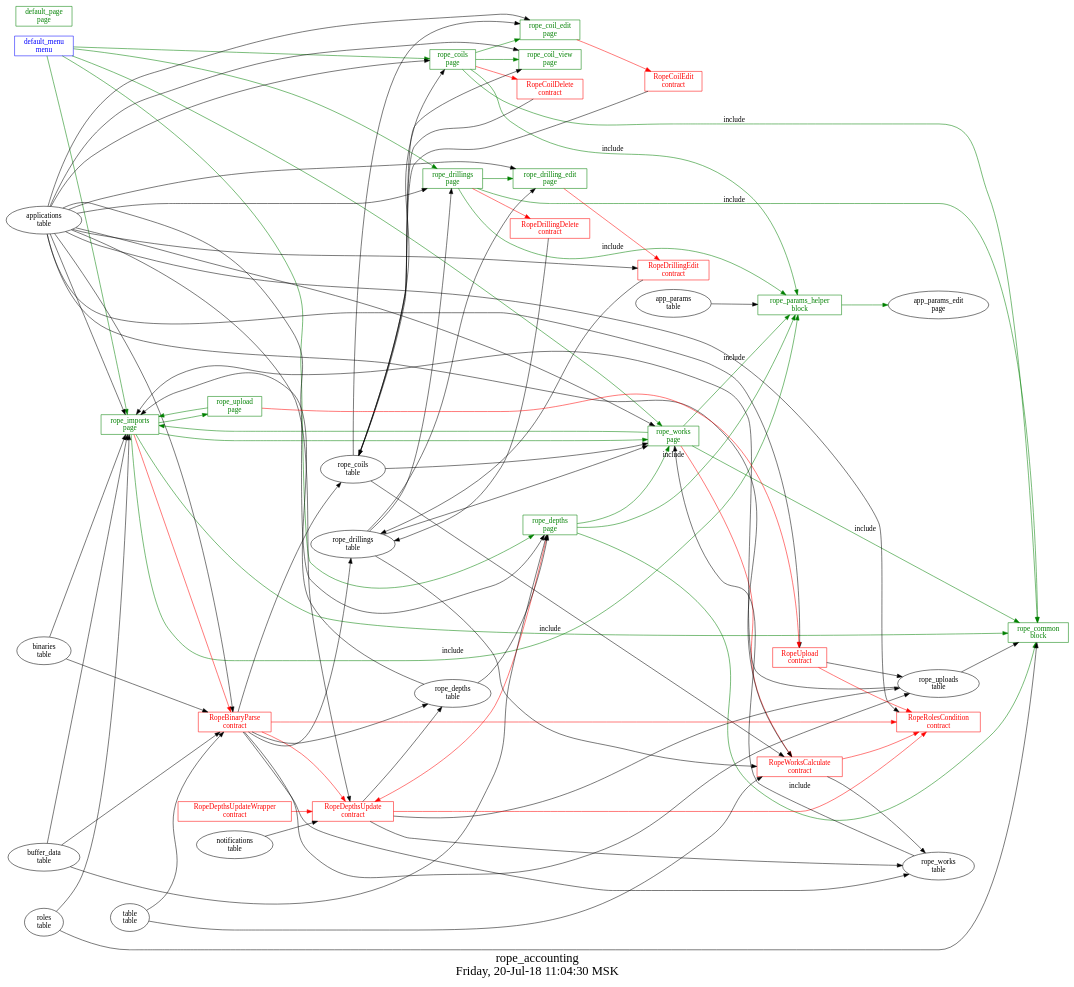
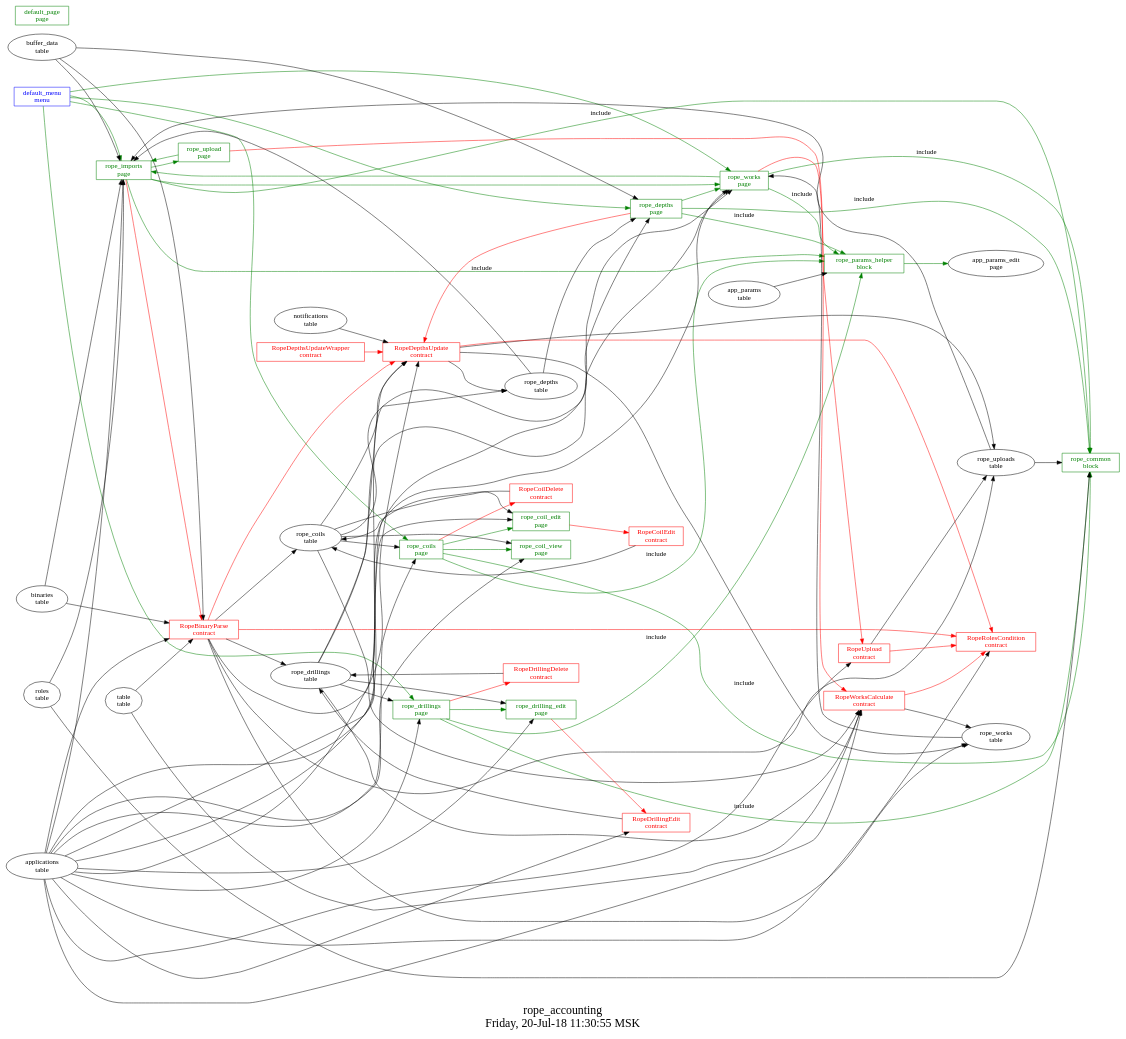
One commit to AplaProject/apps changed the diagram in src/rope_accounting/struct.dot. Above: the diagram before and after it, drawn with Graphviz. The commit also changed 4 other files, not shown here.

```diff
--- a/src/rope_accounting/struct.dot
+++ b/src/rope_accounting/struct.dot
@@ -1,127 +1,129 @@
 digraph G {
 fontsize="24";
-label="rope_accounting\nFriday, 20-Jul-18 11:04:30 MSK";
+label="rope_accounting\nFriday, 20-Jul-18 11:30:55 MSK";
 nojustify=true;
 ordering=out;
 rankdir=LR;
 size="30";
 "default_menu\nmenu" -> "rope_imports\npage"  [ color=green ]
 "default_menu\nmenu" -> "rope_works\npage"  [ color=green ]
 "default_menu\nmenu" -> "rope_depths\npage"  [ color=green ]
 "default_menu\nmenu" -> "rope_drillings\npage"  [ color=green ]
 "default_menu\nmenu" -> "rope_coils\npage"  [ color=green ]
 "default_menu\nmenu" [color=blue, fontcolor=blue, group=menus, shape=record];
 "default_page\npage" [color=green, fontcolor=green, group=pages, shape=record];
 "rope_coil_edit\npage" -> "RopeCoilEdit\ncontract"  [ color=red ]
 "applications\ntable" -> "rope_coil_edit\npage"
 "rope_coils\ntable" -> "rope_coil_edit\npage"
 "rope_coil_edit\npage" [color=green, fontcolor=green, group=pages, shape=record];
 "applications\ntable" -> "rope_coil_view\npage"
 "rope_coils\ntable" -> "rope_coil_view\npage"
 "rope_coil_view\npage" [color=green, fontcolor=green, group=pages, shape=record];
 "rope_coils\npage" -> "RopeCoilDelete\ncontract"  [ color=red ]
 "applications\ntable" -> "rope_coils\npage"
 "rope_coils\ntable" -> "rope_coils\npage"
 "rope_coils\npage" -> "rope_coil_edit\npage"  [ color=green ]
 "rope_coils\npage" -> "rope_coil_view\npage"  [ color=green ]
 "rope_coils\npage" -> "rope_common\nblock"  [ color=green, label=include ]
 "rope_coils\npage" -> "rope_params_helper\nblock"  [ color=green, label=include ]
 "rope_coils\npage" [color=green, fontcolor=green, group=pages, shape=record];
 "rope_depths\npage" -> "RopeDepthsUpdate\ncontract"  [ color=red ]
 "applications\ntable" -> "rope_depths\npage"
 "rope_depths\ntable" -> "rope_depths\npage"
 "buffer_data\ntable" -> "rope_depths\npage"
 "rope_depths\npage" -> "rope_works\npage"  [ color=green ]
 "rope_depths\npage" -> "rope_common\nblock"  [ color=green, label=include ]
 "rope_depths\npage" -> "rope_params_helper\nblock"  [ color=green, label=include ]
 "rope_depths\npage" [color=green, fontcolor=green, group=pages, shape=record];
 "rope_drilling_edit\npage" -> "RopeDrillingEdit\ncontract"  [ color=red ]
 "applications\ntable" -> "rope_drilling_edit\npage"
 "rope_drillings\ntable" -> "rope_drilling_edit\npage"
 "rope_drilling_edit\npage" [color=green, fontcolor=green, group=pages, shape=record];
 "rope_drillings\npage" -> "RopeDrillingDelete\ncontract"  [ color=red ]
 "applications\ntable" -> "rope_drillings\npage"
 "rope_drillings\ntable" -> "rope_drillings\npage"
 "rope_drillings\npage" -> "rope_drilling_edit\npage"  [ color=green ]
 "rope_drillings\npage" -> "rope_common\nblock"  [ color=green, label=include ]
 "rope_drillings\npage" -> "rope_params_helper\nblock"  [ color=green, label=include ]
 "rope_drillings\npage" [color=green, fontcolor=green, group=pages, shape=record];
 "rope_imports\npage" -> "RopeBinaryParse\ncontract"  [ color=red ]
 "applications\ntable" -> "rope_imports\npage"
 "roles\ntable" -> "rope_imports\npage"
 "rope_uploads\ntable" -> "rope_imports\npage"
 "binaries\ntable" -> "rope_imports\npage"
 "rope_depths\ntable" -> "rope_imports\npage"
 "buffer_data\ntable" -> "rope_imports\npage"
 "rope_imports\npage" -> "rope_upload\npage"  [ color=green ]
 "rope_imports\npage" -> "rope_works\npage"  [ color=green ]
 "rope_imports\npage" -> "rope_common\nblock"  [ color=green, label=include ]
 "rope_imports\npage" -> "rope_params_helper\nblock"  [ color=green, label=include ]
 "rope_imports\npage" [color=green, fontcolor=green, group=pages, shape=record];
 "rope_upload\npage" -> "RopeUpload\ncontract"  [ color=red ]
 "rope_upload\npage" -> "rope_imports\npage"  [ color=green ]
 "rope_upload\npage" [color=green, fontcolor=green, group=pages, shape=record];
 "rope_works\npage" -> "RopeWorksCalculate\ncontract"  [ color=red ]
 "applications\ntable" -> "rope_works\npage"
 "rope_works\ntable" -> "rope_works\npage"
 "rope_drillings\ntable" -> "rope_works\npage"
 "rope_coils\ntable" -> "rope_works\npage"
 "rope_works\npage" -> "rope_imports\npage"  [ color=green ]
 "rope_works\npage" -> "rope_common\nblock"  [ color=green, label=include ]
 "rope_works\npage" -> "rope_params_helper\nblock"  [ color=green, label=include ]
 "rope_works\npage" [color=green, fontcolor=green, group=pages, shape=record];
 "roles\ntable" -> "rope_common\nblock"
 "rope_uploads\ntable" -> "rope_common\nblock"
 "rope_common\nblock" [color=green, fontcolor=green, group=blocks, shape=record];
 "app_params\ntable" -> "rope_params_helper\nblock"
 "rope_params_helper\nblock" -> "app_params_edit\npage"  [ color=green ]
 "rope_params_helper\nblock" [color=green, fontcolor=green, group=blocks, shape=record];
 "RopeBinaryParse\ncontract" -> "RopeDepthsUpdate\ncontract"  [ color=red ]
 "RopeBinaryParse\ncontract" -> "RopeRolesCondition\ncontract"  [ color=red ]
 "RopeBinaryParse\ncontract" -> "rope_coils\ntable"  [ color="" ]
 "RopeBinaryParse\ncontract" -> "rope_drillings\ntable"  [ color="" ]
 "RopeBinaryParse\ncontract" -> "rope_works\ntable"  [ color="" ]
 "RopeBinaryParse\ncontract" -> "rope_depths\ntable"  [ color="" ]
 "RopeBinaryParse\ncontract" -> "rope_uploads\ntable"  [ color="" ]
 "table\ntable" -> "RopeBinaryParse\ncontract"
 "buffer_data\ntable" -> "RopeBinaryParse\ncontract"
 "binaries\ntable" -> "RopeBinaryParse\ncontract"
 "applications\ntable" -> "RopeBinaryParse\ncontract"
 "RopeBinaryParse\ncontract" [color=red, fontcolor=red, group=contracts, shape=record];
 "RopeCoilDelete\ncontract" -> "rope_coils\ntable"  [ color="" ]
 "RopeCoilDelete\ncontract" [color=red, fontcolor=red, group=contracts, shape=record];
 "RopeCoilEdit\ncontract" -> "rope_coils\ntable"  [ color="" ]
 "RopeCoilEdit\ncontract" [color=red, fontcolor=red, group=contracts, shape=record];
 "RopeDepthsUpdate\ncontract" -> "RopeRolesCondition\ncontract"  [ color=red ]
 "RopeDepthsUpdate\ncontract" -> "rope_uploads\ntable"  [ color="" ]
 "RopeDepthsUpdate\ncontract" -> "rope_works\ntable"  [ color="" ]
 "RopeDepthsUpdate\ncontract" -> "rope_depths\ntable"  [ color="" ]
 "notifications\ntable" -> "RopeDepthsUpdate\ncontract"
+"rope_drillings\ntable" -> "RopeDepthsUpdate\ncontract"
+"rope_coils\ntable" -> "RopeDepthsUpdate\ncontract"
 "applications\ntable" -> "RopeDepthsUpdate\ncontract"
 "RopeDepthsUpdate\ncontract" [color=red, fontcolor=red, group=contracts, shape=record];
 "RopeDepthsUpdateWrapper\ncontract" -> "RopeDepthsUpdate\ncontract"  [ color=red ]
 "RopeDepthsUpdateWrapper\ncontract" [color=red, fontcolor=red, group=contracts, shape=record];
 "RopeDrillingDelete\ncontract" -> "rope_drillings\ntable"  [ color="" ]
 "RopeDrillingDelete\ncontract" [color=red, fontcolor=red, group=contracts, shape=record];
 "RopeDrillingEdit\ncontract" -> "rope_drillings\ntable"  [ color="" ]
 "applications\ntable" -> "RopeDrillingEdit\ncontract"
 "RopeDrillingEdit\ncontract" [color=red, fontcolor=red, group=contracts, shape=record];
 "applications\ntable" -> "RopeRolesCondition\ncontract"
 "RopeRolesCondition\ncontract" [color=red, fontcolor=red, group=contracts, shape=record];
 "RopeUpload\ncontract" -> "RopeRolesCondition\ncontract"  [ color=red ]
 "RopeUpload\ncontract" -> "rope_uploads\ntable"  [ color="" ]
 "applications\ntable" -> "RopeUpload\ncontract"
 "RopeUpload\ncontract" [color=red, fontcolor=red, group=contracts, shape=record];
 "RopeWorksCalculate\ncontract" -> "RopeRolesCondition\ncontract"  [ color=red ]
 "RopeWorksCalculate\ncontract" -> "rope_works\ntable"  [ color="" ]
 "table\ntable" -> "RopeWorksCalculate\ncontract"
 "applications\ntable" -> "RopeWorksCalculate\ncontract"
 "rope_coils\ntable" -> "RopeWorksCalculate\ncontract"
 "rope_drillings\ntable" -> "RopeWorksCalculate\ncontract"
 "RopeWorksCalculate\ncontract" [color=red, fontcolor=red, group=contracts, shape=record];
 "rope_coils\ntable" [color="", fontcolor="", group=tables, shape=""];
 "rope_depths\ntable" [color="", fontcolor="", group=tables, shape=""];
 "rope_drillings\ntable" [color="", fontcolor="", group=tables, shape=""];
 "rope_uploads\ntable" [color="", fontcolor="", group=tables, shape=""];
 "rope_works\ntable" [color="", fontcolor="", group=tables, shape=""];
 }
```
